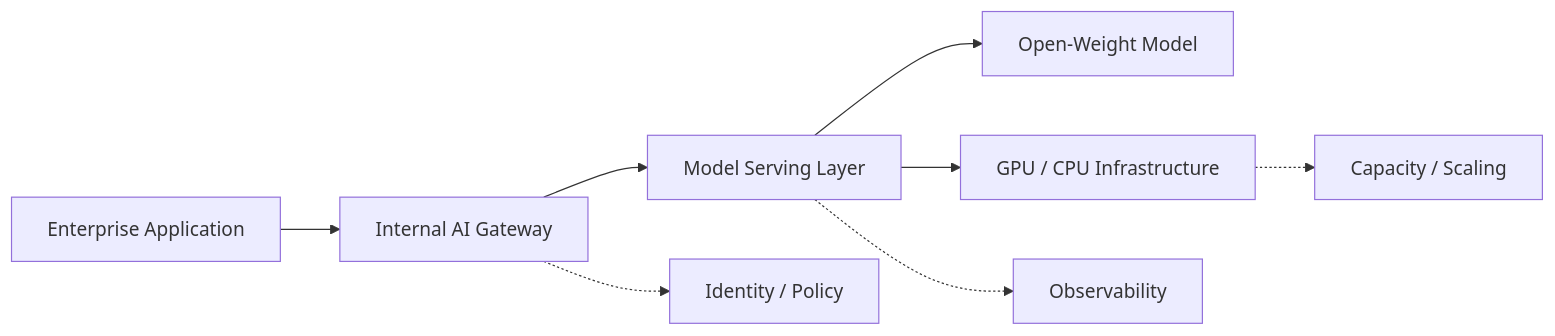
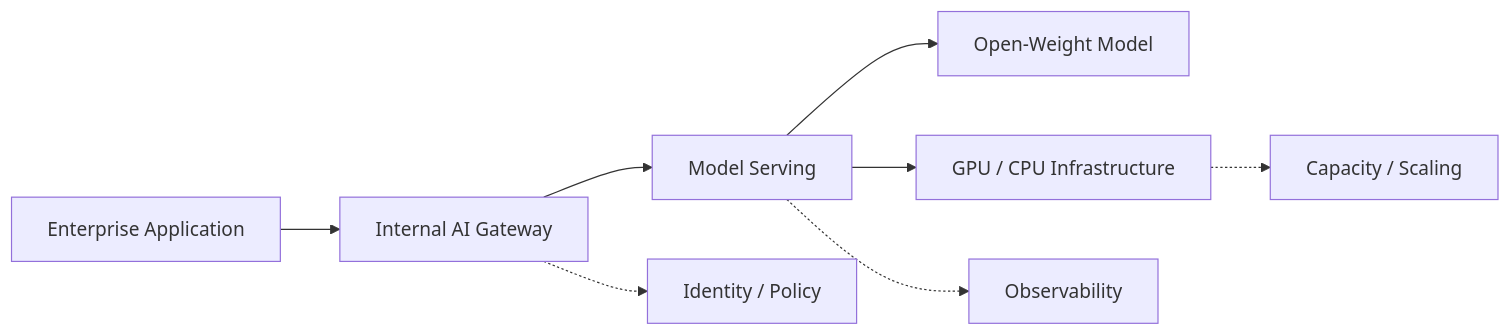
One commit to huda-salam/ai-architecture-advisor-book changed the fourth of 12 diagrams in docs/chapters/09-enterprise-llm-architecture.md. Above: the diagram before and after it, drawn with Mermaid. The commit also changed other lines of this file, not shown here.

Commit message:
Harden Chapter 9 enterprise LLM architecture foundation

````diff
--- a/docs/chapters/09-enterprise-llm-architecture.md
+++ b/docs/chapters/09-enterprise-llm-architecture.md
@@ -155,11 +186,11 @@
 ```mermaid
 flowchart LR
     A[Enterprise Application] --> B[Internal AI Gateway]
-    B --> C[Model Serving Layer]
+    B --> C[Model Serving]
     C --> D[Open-Weight Model]
     C --> E[GPU / CPU Infrastructure]
 
     B -.-> F[Identity / Policy]
     C -.-> G[Observability]
     E -.-> H[Capacity / Scaling]
 ```
````
